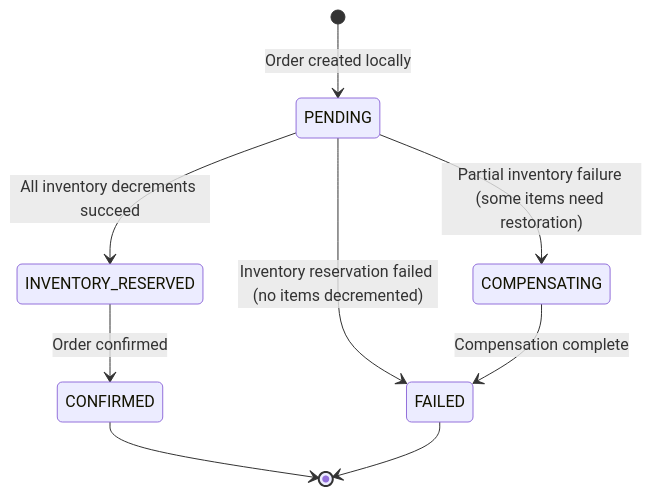
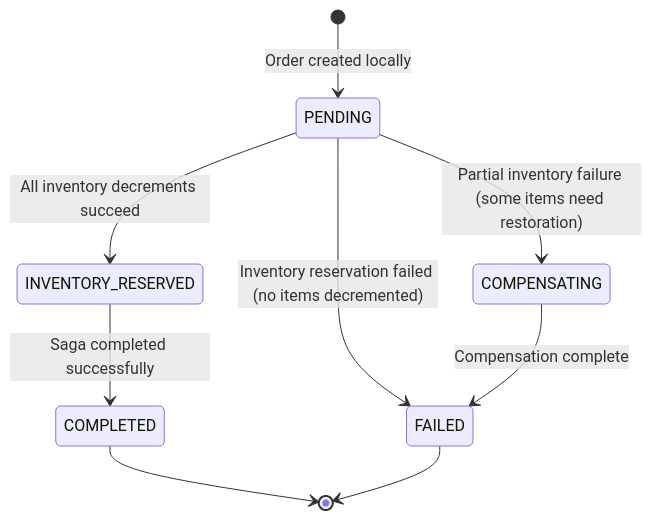
The sixth of 8 diagrams in docs/architecture.md (blitzy-public-samples/blitzy-jpetstore-6), drawn with Mermaid before and after one commit. The commit also changed other lines of this file and 4 other files, not shown here.

````diff
--- a/docs/architecture.md
+++ b/docs/architecture.md
@@ -617,11 +605,11 @@
 ```mermaid
 stateDiagram-v2
     [*] --> PENDING: Order created locally
     PENDING --> INVENTORY_RESERVED: All inventory decrements succeed
-    INVENTORY_RESERVED --> CONFIRMED: Order confirmed
+    INVENTORY_RESERVED --> COMPLETED: Saga completed successfully
     PENDING --> FAILED: Inventory reservation failed (no items decremented)
     PENDING --> COMPENSATING: Partial inventory failure (some items need restoration)
     COMPENSATING --> FAILED: Compensation complete
-    CONFIRMED --> [*]
+    COMPLETED --> [*]
     FAILED --> [*]
 ```
````
